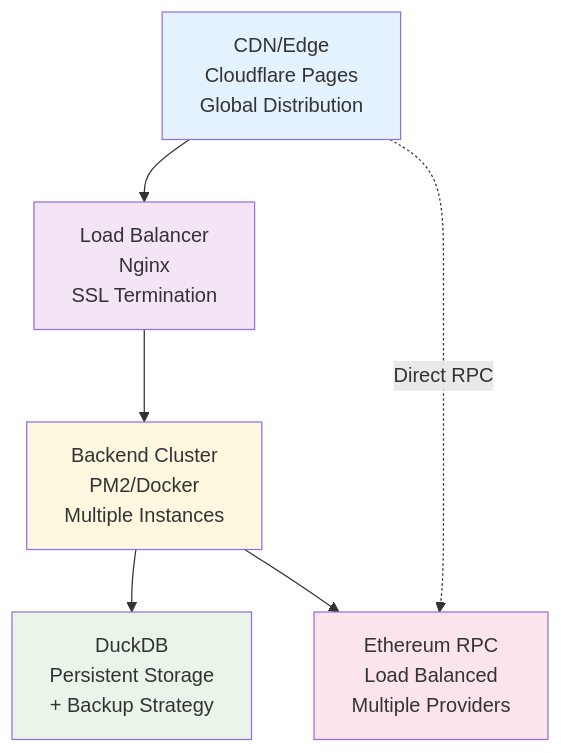
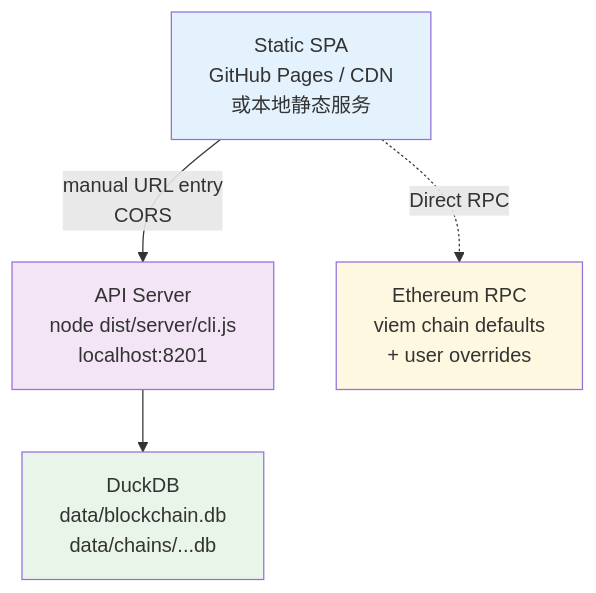
Before and after one commit to wmzy/my-block-explorer: the tenth of 11 diagrams in docs/ARCHITECTURE.md, drawn with Mermaid. The commit also changed other lines of this file and 62 other files, not shown here.

````diff
--- a/docs/ARCHITECTURE.md
+++ b/docs/ARCHITECTURE.md
@@ -2954,15 +2958,12 @@
 ```mermaid
 graph TD
-    A[CDN/Edge<br/>Cloudflare Pages<br/>Global Distribution] --> B[Load Balancer<br/>Nginx<br/>SSL Termination]
-    B --> C[Backend Cluster<br/>PM2/Docker<br/>Multiple Instances]
-    C --> D[DuckDB<br/>Persistent Storage<br/>+ Backup Strategy]
-    
-    A -.->|Direct RPC| E[Ethereum RPC<br/>Load Balanced<br/>Multiple Providers]
-    C --> E
-    
+    A[Static SPA<br/>GitHub Pages / CDN<br/>或本地静态服务] -->|manual URL entry<br/>CORS| B[API Server<br/>node dist/server/cli.js<br/>localhost:8201]
+    B --> C[DuckDB<br/>data/blockchain.db<br/>data/chains/...db]
+
+    A -.->|Direct RPC| D[Ethereum RPC<br/>viem chain defaults<br/>+ user overrides]
+
     style A fill:#e3f2fd
     style B fill:#f3e5f5
-    style C fill:#fff8e1
-    style D fill:#e8f5e8
-    style E fill:#fce4ec
+    style C fill:#e8f5e8
+    style D fill:#fff8e1
 ```
````
